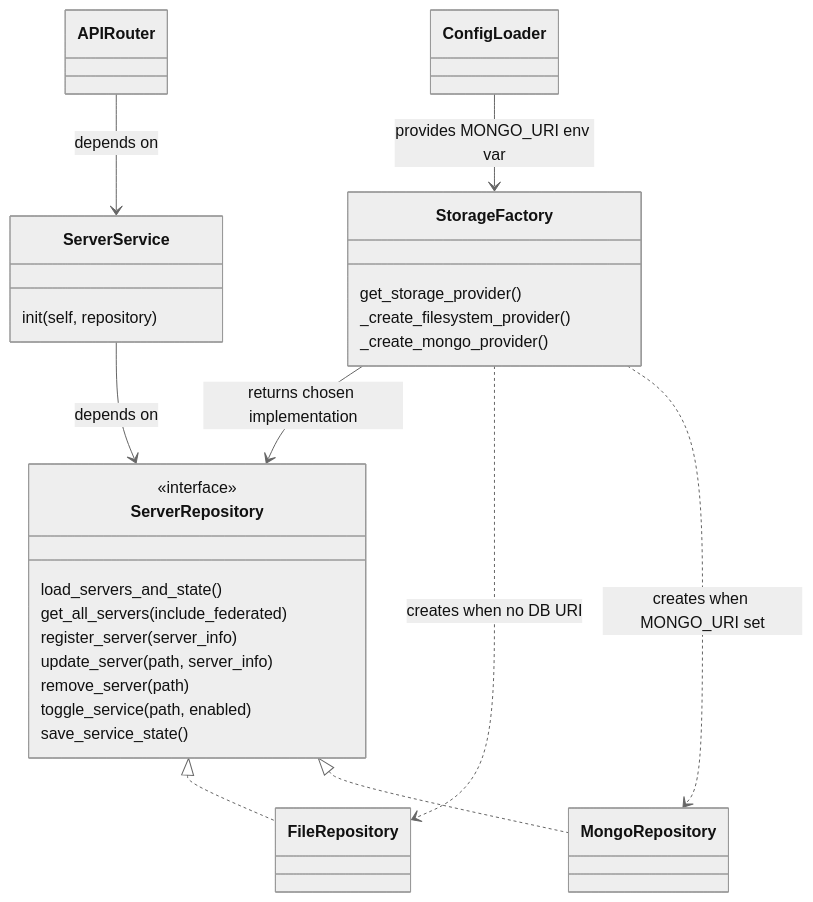
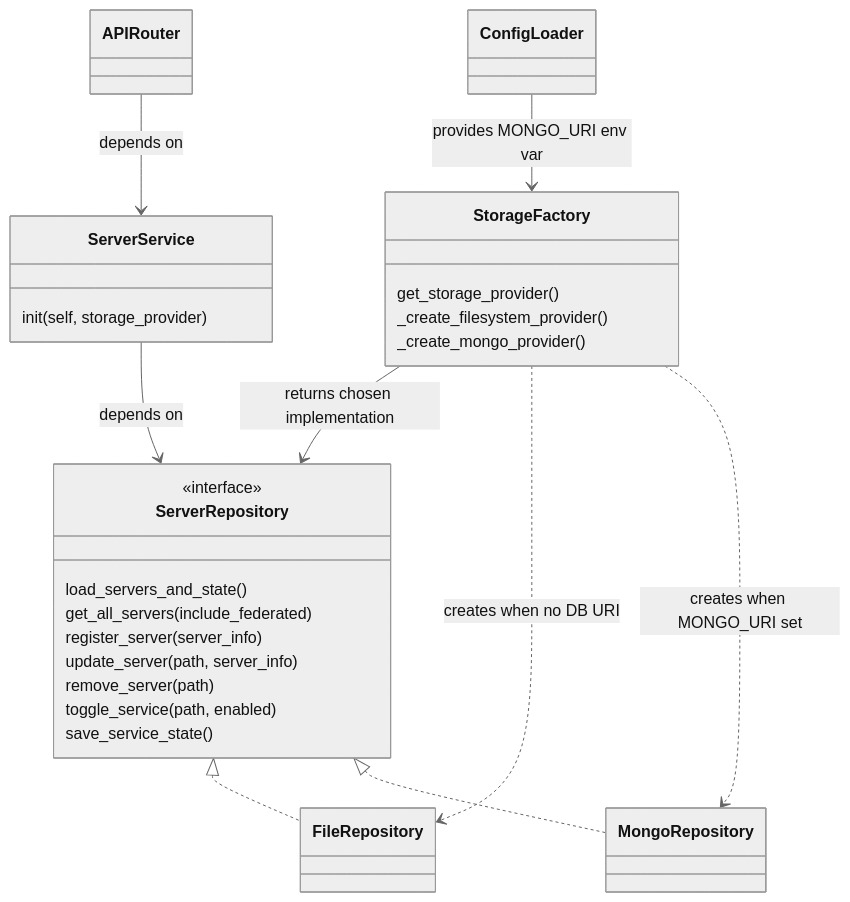
The diagram in DESIGN.md (ascending-llc/mcp-gateway-registry), drawn with Mermaid (neutral theme) before and after one commit. The commit also changed other lines of this file, not shown here.

````diff
--- a/DESIGN.md
+++ b/DESIGN.md
@@ -41,40 +42,40 @@
 ```mermaid
 classDiagram
     direction TB
 
     class ServerRepository {
         <<interface>>
         load_servers_and_state()
         get_all_servers(include_federated)
         register_server(server_info)
         update_server(path, server_info)
         remove_server(path)
         toggle_service(path, enabled)
         save_service_state()
     }
 
     class FileRepository
     class MongoRepository
 
     ServerRepository <|.. FileRepository
     ServerRepository <|.. MongoRepository
 
     class StorageFactory {
         get_storage_provider()
         _create_filesystem_provider()
         _create_mongo_provider()
     }
 
     class ConfigLoader
     class ServerService {
-        init(self, repository)
+        init(self, storage_provider)
     }
 
     StorageFactory --> ServerRepository : returns chosen implementation
     StorageFactory ..> FileRepository : creates when no DB URI
     StorageFactory ..> MongoRepository : creates when MONGO_URI set
 
     ConfigLoader --> StorageFactory : provides MONGO_URI env var
     ServerService --> ServerRepository : depends on
     APIRouter --> ServerService : depends on
 ```  
````
